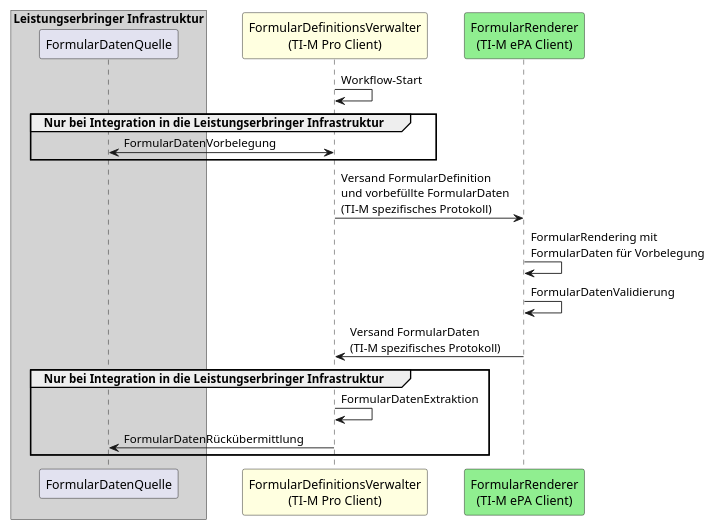
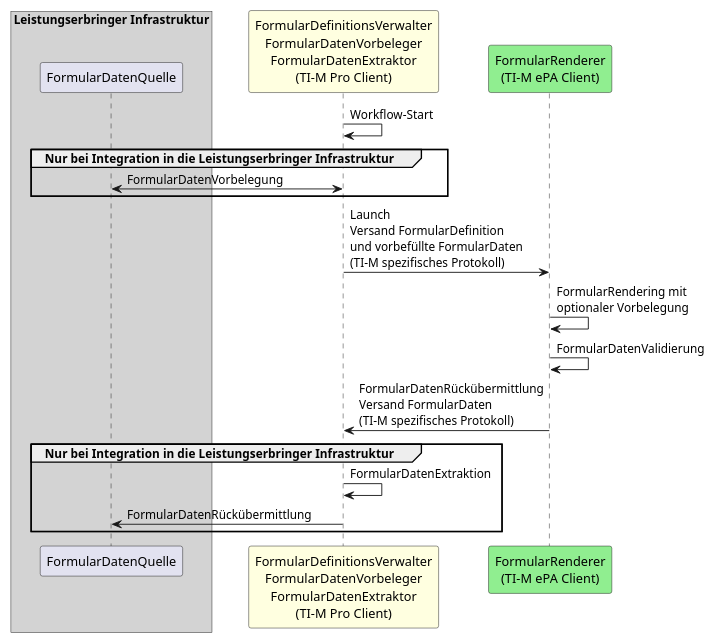
The diagram in publisher-guides/Formular/input/images-source/akteure_tim.plantuml (gematik/spec-ISiK-Basismodul), drawn with PlantUML before and after one commit. The commit also changed 7 other files, not shown here.

```diff
--- a/publisher-guides/Formular/input/images-source/akteure_tim.plantuml
+++ b/publisher-guides/Formular/input/images-source/akteure_tim.plantuml
@@ -1,20 +1,20 @@
 @startuml
 scale max 700 width
 box "Leistungserbringer Infrastruktur" #LightGrey
     participant "FormularDatenQuelle" as FDQ
 end box
-participant "FormularDefinitionsVerwalter\n(TI-M Pro Client)" as FDV #LightYellow
+participant "FormularDefinitionsVerwalter\nFormularDatenVorbeleger\nFormularDatenExtraktor\n(TI-M Pro Client)" as FDV #LightYellow
 participant "FormularRenderer\n(TI-M ePA Client)" as FR #LightGreen
 FDV -> FDV : Workflow-Start
 group Nur bei Integration in die Leistungserbringer Infrastruktur
     FDV <-> FDQ: FormularDatenVorbelegung
 end
-FDV -> FR : Versand FormularDefinition\nund vorbefüllte FormularDaten\n(TI-M spezifisches Protokoll)
-FR -> FR : FormularRendering mit\nFormularDaten für Vorbelegung
+FDV -> FR : Launch\nVersand FormularDefinition\nund vorbefüllte FormularDaten\n(TI-M spezifisches Protokoll)
+FR -> FR : FormularRendering mit\noptionaler Vorbelegung
 FR -> FR : FormularDatenValidierung
-FR -> FDV : Versand FormularDaten\n(TI-M spezifisches Protokoll)
+FR -> FDV : FormularDatenRückübermittlung\nVersand FormularDaten\n(TI-M spezifisches Protokoll)
 group Nur bei Integration in die Leistungserbringer Infrastruktur
     FDV -> FDV : FormularDatenExtraktion
     FDV -> FDQ: FormularDatenRückübermittlung
 end
 @enduml
```
